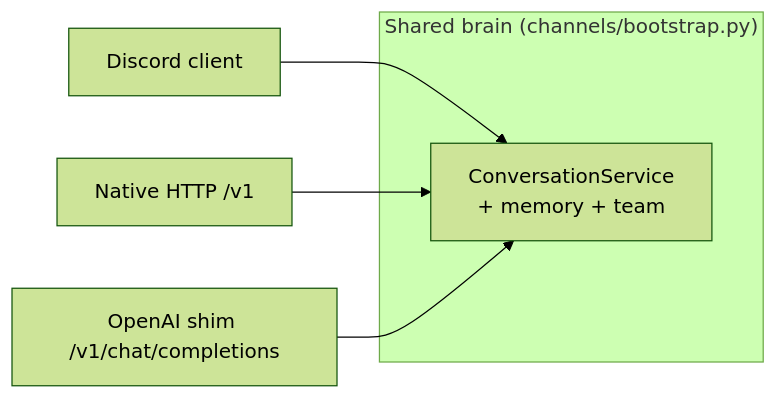
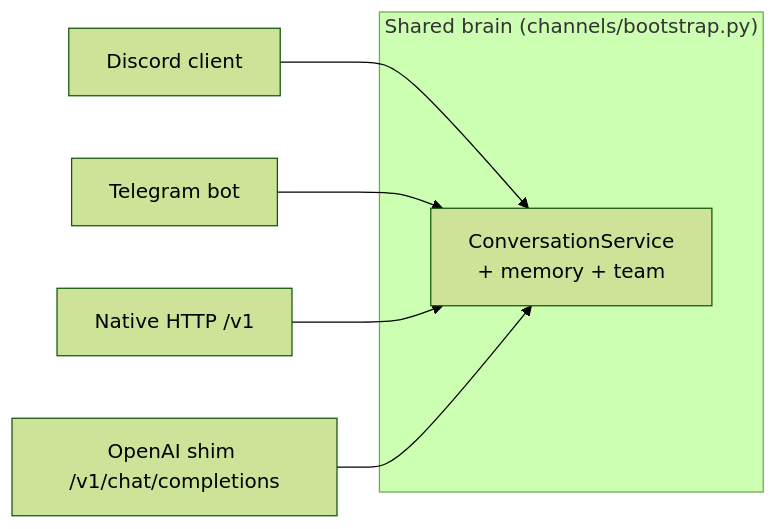
One commit to carneirofc/magi-ai-assistant changed the first of 4 diagrams in docs/channels.md. Above: the diagram before and after it, drawn with Mermaid (forest theme). The commit also changed other lines of this file and 23 other files, not shown here.

````diff
--- a/docs/channels.md
+++ b/docs/channels.md
@@ -9,9 +10,10 @@
 ```mermaid
 flowchart LR
     subgraph shared["Shared brain (channels/bootstrap.py)"]
         CS[ConversationService<br/>+ memory + team]
     end
     DISC[Discord client] --> CS
+    TG[Telegram bot] --> CS
     NATIVE[Native HTTP /v1] --> CS
     SHIM[OpenAI shim /v1/chat/completions] --> CS
 ```
````
